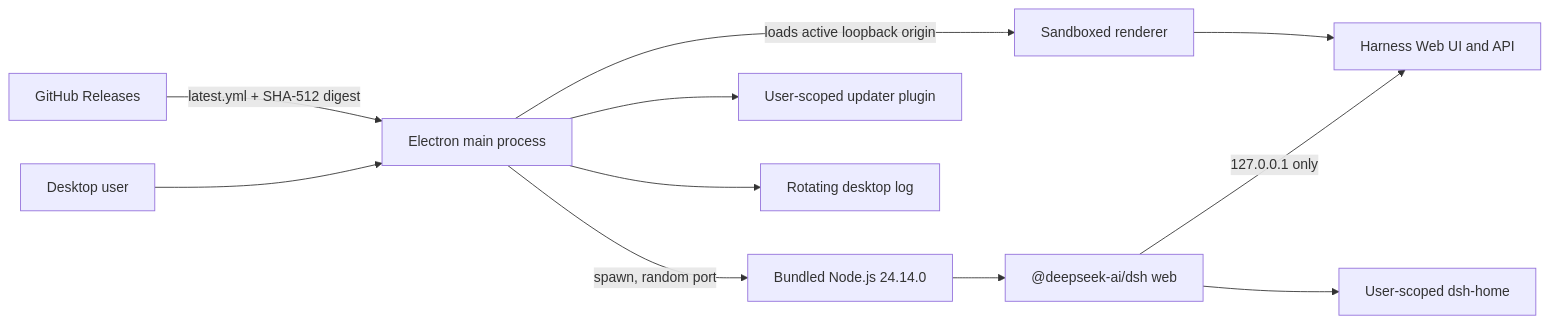
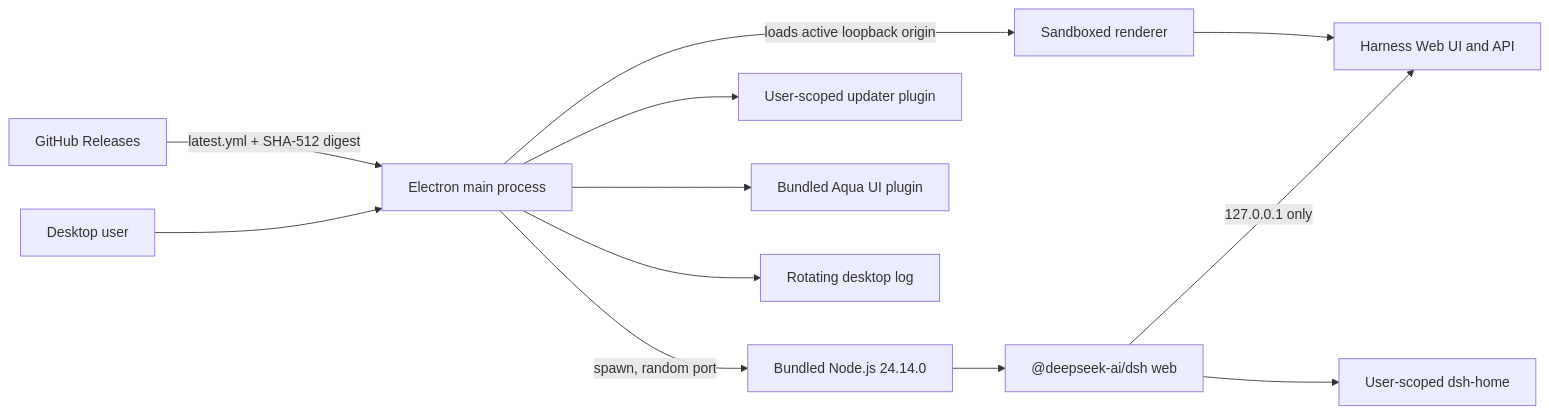
Before and after one commit to Icdafy/DeepSeek-Harness-Desktop: the diagram in docs/ARCHITECTURE.md, drawn with Mermaid. The commit also changed other lines of this file and 13 other files, not shown here.

````diff
--- a/docs/ARCHITECTURE.md
+++ b/docs/ARCHITECTURE.md
@@ -5,13 +5,14 @@
 ```mermaid
 flowchart LR
     U["Desktop user"] --> E["Electron main process"]
     E -->|"spawn, random port"| N["Bundled Node.js 24.14.0"]
     N --> D["@deepseek-ai/dsh web"]
     D -->|"127.0.0.1 only"| W["Harness Web UI and API"]
     E -->|"loads active loopback origin"| R["Sandboxed renderer"]
     R --> W
     G["GitHub Releases"] -->|"latest.yml + SHA-512 digest"| E
     E --> P["User-scoped updater plugin"]
+    E --> A["Bundled Aqua UI plugin"]
     D --> H["User-scoped dsh-home"]
     E --> L["Rotating desktop log"]
 ```
````
